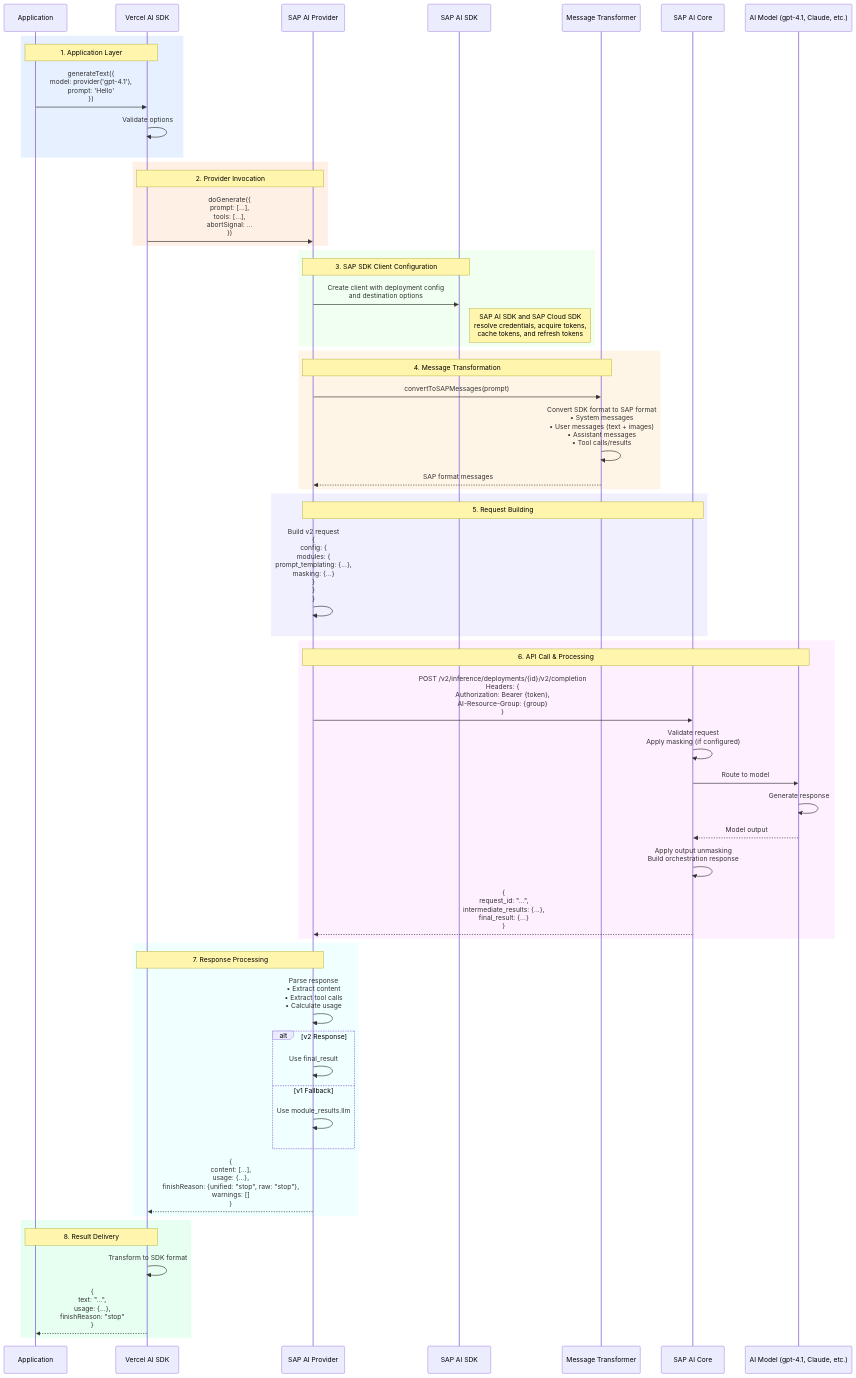
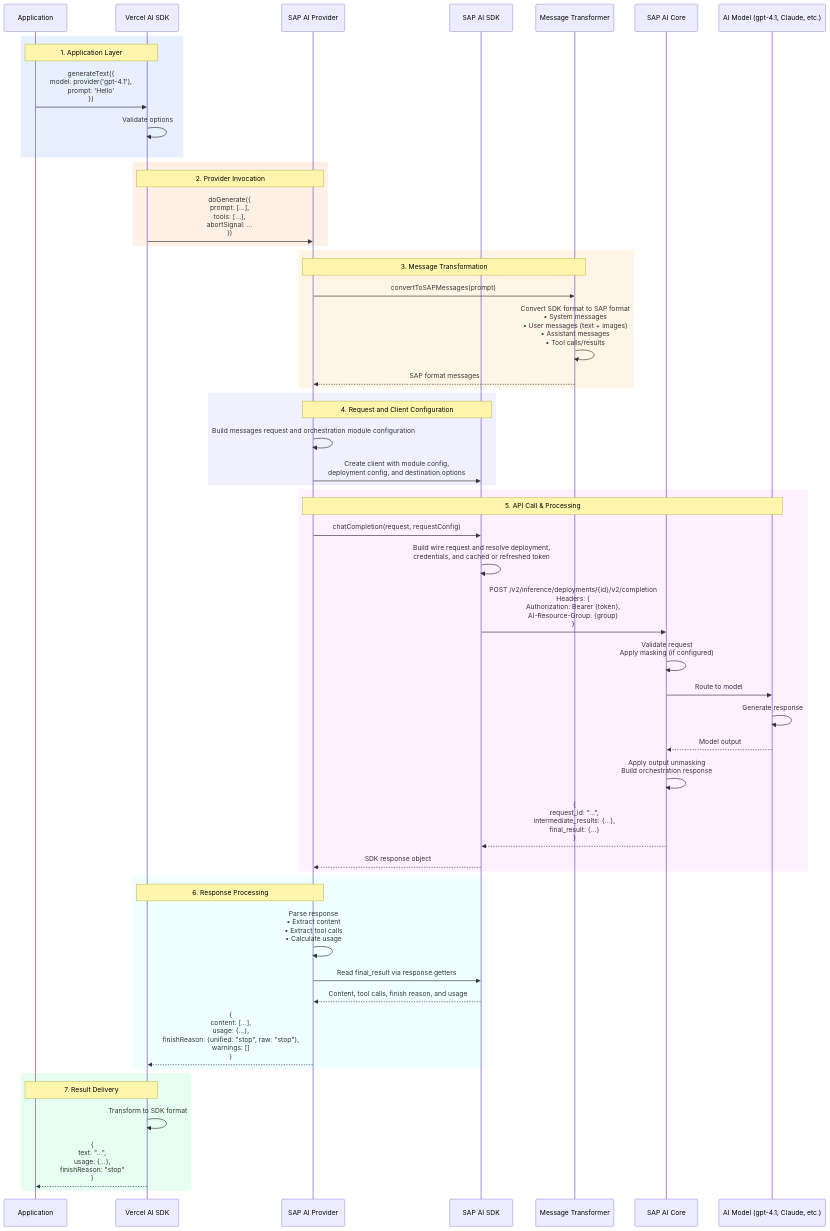
Before and after one commit to jerome-benoit/sap-ai-provider: the fourth of 11 diagrams in ARCHITECTURE.md, drawn with Mermaid. The commit also changed other lines of this file and 9 other files, not shown here.

Commit message:
docs: reconcile provider contracts and usage examples

````diff
--- a/ARCHITECTURE.md
+++ b/ARCHITECTURE.md
@@ -383,69 +385,64 @@
 ```mermaid
 sequenceDiagram
     participant App as Application
     participant SDK as Vercel AI SDK
     participant Provider as SAP AI Provider
     participant SAPSDK as SAP AI SDK
     participant Transform as Message Transformer
     participant SAP as SAP AI Core
     participant Model as AI Model (gpt-4.1, Claude, etc.)
 
     rect rgb(230, 240, 255)
         Note over App,SDK: 1. Application Layer
         App->>SDK: generateText({<br/>  model: provider('gpt-4.1'),<br/>  prompt: 'Hello'<br/>})
         SDK->>SDK: Validate options
     end
 
     rect rgb(255, 240, 230)
         Note over SDK,Provider: 2. Provider Invocation
         SDK->>Provider: doGenerate({<br/>  prompt: [...],<br/>  tools: [...],<br/>  abortSignal: ...<br/>})
     end
 
-    rect rgb(240, 255, 240)
-        Note over Provider,SAPSDK: 3. SAP SDK Client Configuration
-        Provider->>SAPSDK: Create client with deployment config<br/>and destination options
-        Note right of SAPSDK: SAP AI SDK and SAP Cloud SDK<br/>resolve credentials, acquire tokens,<br/>cache tokens, and refresh tokens
-    end
-
     rect rgb(255, 245, 230)
-        Note over Provider,Transform: 4. Message Transformation
+        Note over Provider,Transform: 3. Message Transformation
         Provider->>Transform: convertToSAPMessages(prompt)
         Transform->>Transform: Convert SDK format to SAP format<br/>• System messages<br/>• User messages (text + images)<br/>• Assistant messages<br/>• Tool calls/results
         Transform-->>Provider: SAP format messages
     end
 
     rect rgb(240, 240, 255)
-        Note over Provider,SAP: 5. Request Building
-        Provider->>Provider: Build v2 request<br/>{<br/>  config: {<br/>    modules: {<br/>      prompt_templating: {...},<br/>      masking: {...}<br/>    }<br/>  }<br/>}
+        Note over Provider,SAPSDK: 4. Request and Client Configuration
+        Provider->>Provider: Build messages request and orchestration module configuration
+        Provider->>SAPSDK: Create client with module config,<br/>deployment config, and destination options
     end
 
     rect rgb(255, 240, 255)
-        Note over Provider,Model: 6. API Call & Processing
-        Provider->>SAP: POST /v2/inference/deployments/{id}/v2/completion<br/>Headers: {<br/>  Authorization: Bearer {token},<br/>  AI-Resource-Group: {group}<br/>}
+        Note over Provider,Model: 5. API Call & Processing
+        Provider->>SAPSDK: chatCompletion(request, requestConfig)
+        SAPSDK->>SAPSDK: Build wire request and resolve deployment,<br/>credentials, and cached or refreshed token
+        SAPSDK->>SAP: POST /v2/inference/deployments/{id}/v2/completion<br/>Headers: {<br/>  Authorization: Bearer {token},<br/>  AI-Resource-Group: {group}<br/>}
         SAP->>SAP: Validate request<br/>Apply masking (if configured)
         SAP->>Model: Route to model
         Model->>Model: Generate response
         Model-->>SAP: Model output
         SAP->>SAP: Apply output unmasking<br/>Build orchestration response
-        SAP-->>Provider: {<br/>  request_id: "...",<br/>  intermediate_results: {...},<br/>  final_result: {...}<br/>}
+        SAP-->>SAPSDK: {<br/>  request_id: "...",<br/>  intermediate_results: {...},<br/>  final_result: {...}<br/>}
+        SAPSDK-->>Provider: SDK response object
     end
 
     rect rgb(240, 255, 255)
-        Note over Provider,SDK: 7. Response Processing
+        Note over Provider,SDK: 6. Response Processing
         Provider->>Provider: Parse response<br/>• Extract content<br/>• Extract tool calls<br/>• Calculate usage
 
-        alt v2 Response
-            Provider->>Provider: Use final_result
-        else v1 Fallback
-            Provider->>Provider: Use module_results.llm
-        end
+        Provider->>SAPSDK: Read final_result via response getters
+        SAPSDK-->>Provider: Content, tool calls, finish reason, and usage
 
         Provider-->>SDK: {<br/>  content: [...],<br/>  usage: {...},<br/>  finishReason: {unified: "stop", raw: "stop"},<br/>  warnings: []<br/>}
     end
 
     rect rgb(230, 255, 240)
-        Note over SDK,App: 8. Result Delivery
+        Note over SDK,App: 7. Result Delivery
         SDK->>SDK: Transform to SDK format
         SDK-->>App: {<br/>  text: "...",<br/>  usage: {...},<br/>  finishReason: "stop"<br/>}
     end
 ```
````
